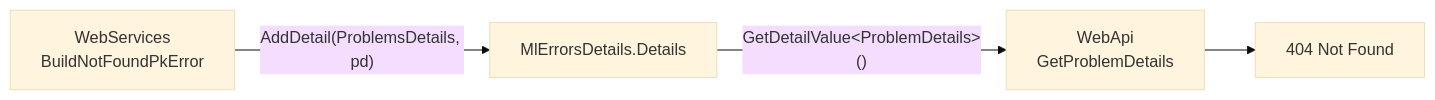
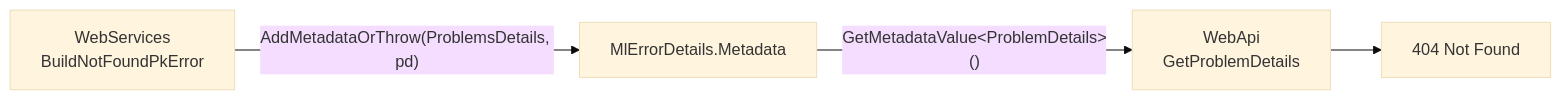
The diagram in src/MoralesLarios.OOFP.Shared/README.md (moraleslarios/FOOP), drawn with Mermaid (base theme) before and after one commit. The commit also changed other lines of this file and 180 other files, not shown here.

````diff
--- a/src/MoralesLarios.OOFP.Shared/README.md
+++ b/src/MoralesLarios.OOFP.Shared/README.md
@@ -82,6 +82,6 @@
 ```mermaid
 flowchart LR
-    A["WebServices<br/>BuildNotFoundPkError"] -->|"AddDetail(ProblemsDetails, pd)"| B["MlErrorsDetails.Details"]
-    B -->|"GetDetailValue&lt;ProblemDetails&gt;()"| C["WebApi<br/>GetProblemDetails"]
+    A["WebServices<br/>BuildNotFoundPkError"] -->|"AddMetadataOrThrow(ProblemsDetails, pd)"| B["MlErrorDetails.Metadata"]
+    B -->|"GetMetadataValue&lt;ProblemDetails&gt;()"| C["WebApi<br/>GetProblemDetails"]
     C --> D["404 Not Found"]
 ```
````
